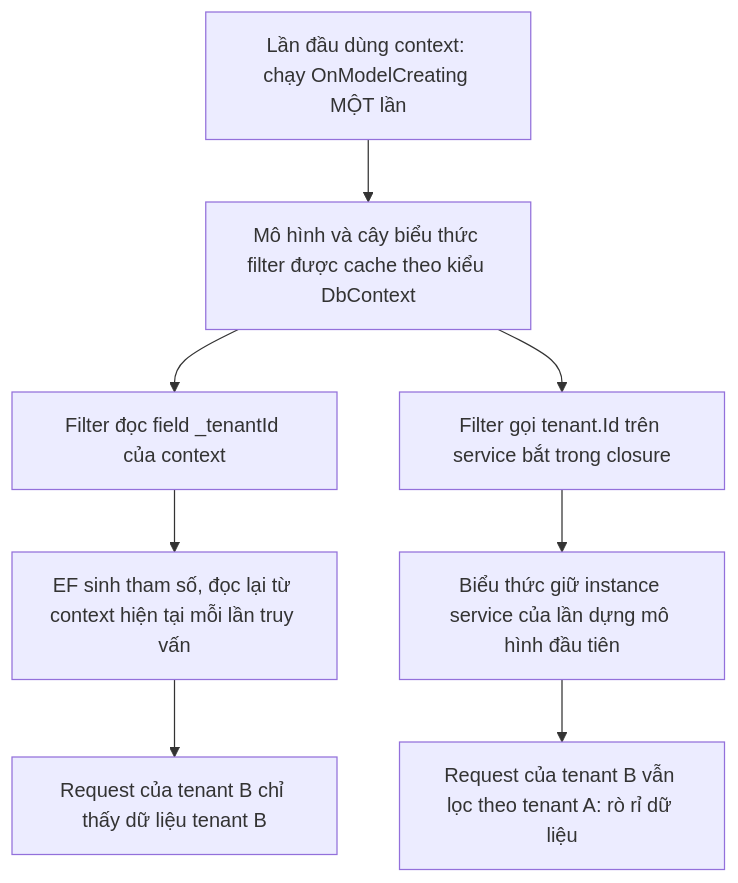
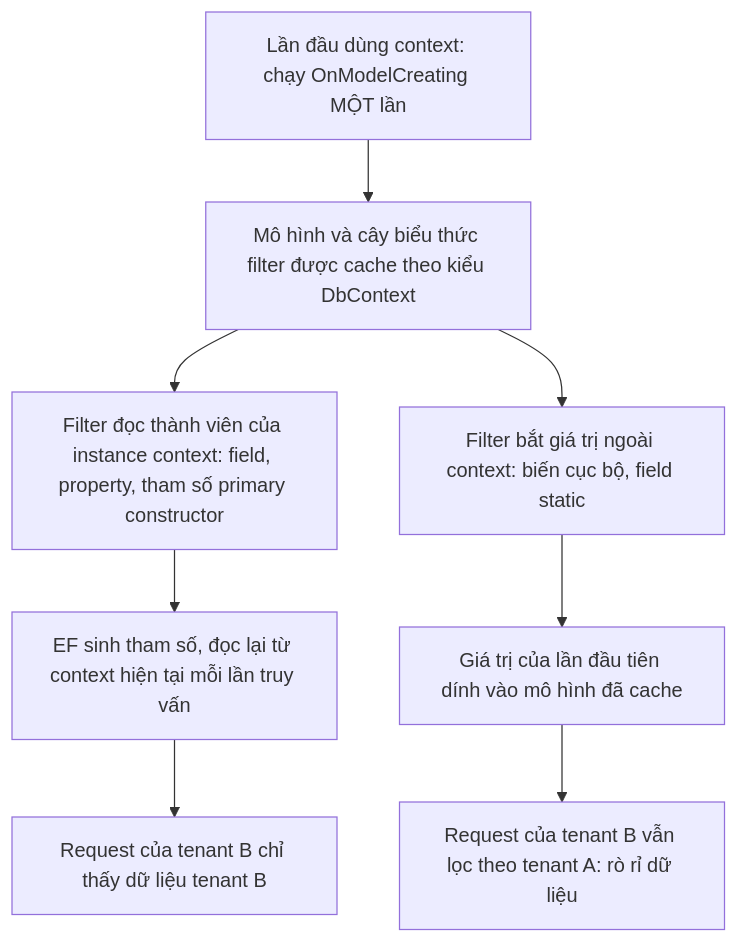
Before and after one commit to TienNHM/tiennhm.github.io: the diagram in docs/09-dotnet-backend-zero-to-senior/stage-04-database-production/module-13-entity-framework-core/13.10-global-query-filters.mdx, drawn with Mermaid. The commit also changed other lines of this file and 38 other files, not shown here.

````diff
--- a/docs/09-dotnet-backend-zero-to-senior/stage-04-database-production/module-13-entity-framework-core/13.10-global-query-filters.mdx
+++ b/docs/09-dotnet-backend-zero-to-senior/stage-04-database-production/module-13-entity-framework-core/13.10-global-query-filters.mdx
@@ -119,10 +128,10 @@
 ```mermaid
 flowchart TB
     M["Lần đầu dùng context: chạy OnModelCreating MỘT lần"] --> K["Mô hình và cây biểu thức filter được cache theo kiểu DbContext"]
-    K --> F1["Filter đọc field _tenantId của context"]
-    K --> F2["Filter gọi tenant.Id trên service bắt trong closure"]
+    K --> F1["Filter đọc thành viên của instance context: field, property, tham số primary constructor"]
+    K --> F2["Filter bắt giá trị ngoài context: biến cục bộ, field static"]
     F1 --> P1["EF sinh tham số, đọc lại từ context hiện tại mỗi lần truy vấn"]
     P1 --> R1["Request của tenant B chỉ thấy dữ liệu tenant B"]
-    F2 --> P2["Biểu thức giữ instance service của lần dựng mô hình đầu tiên"]
+    F2 --> P2["Giá trị của lần đầu tiên dính vào mô hình đã cache"]
     P2 --> R2["Request của tenant B vẫn lọc theo tenant A: rò rỉ dữ liệu"]
 ```
````
